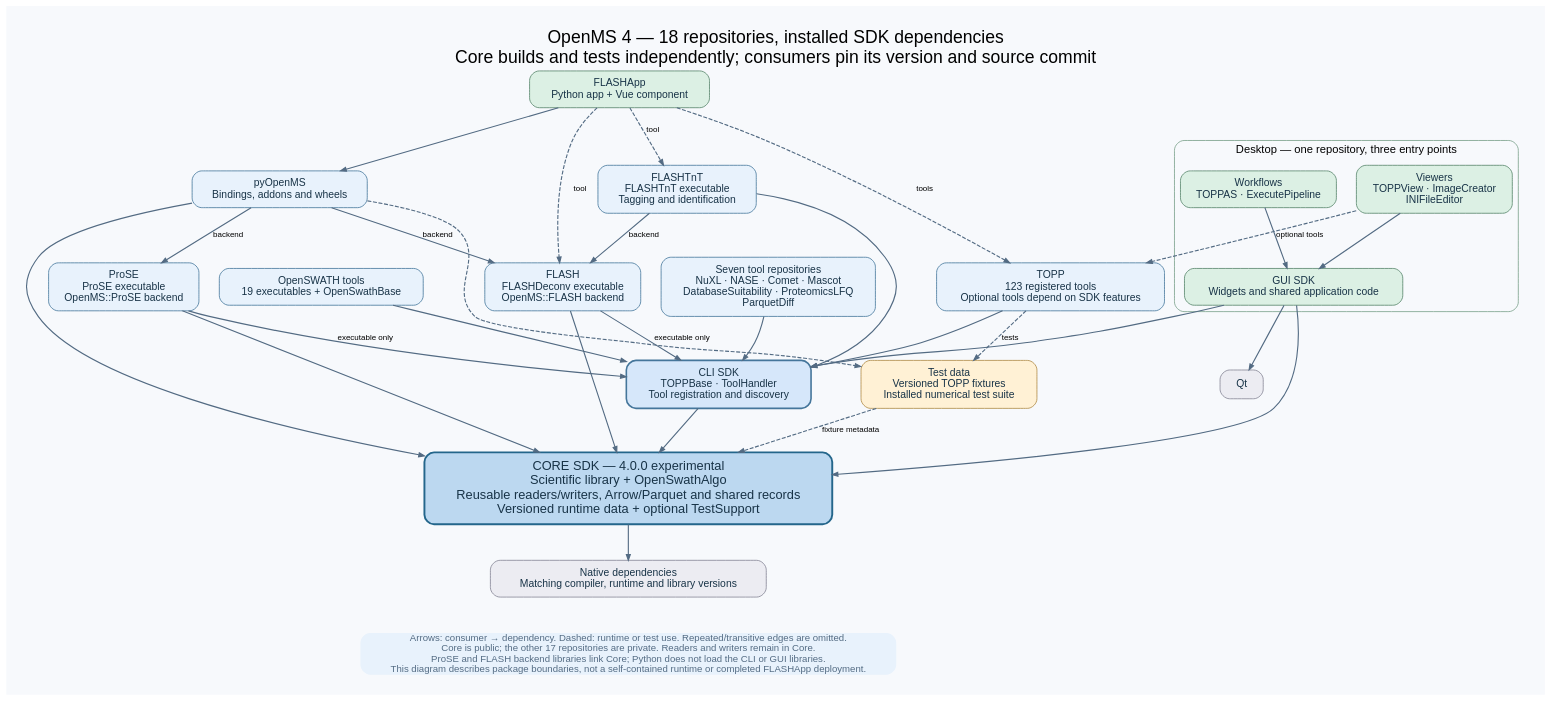
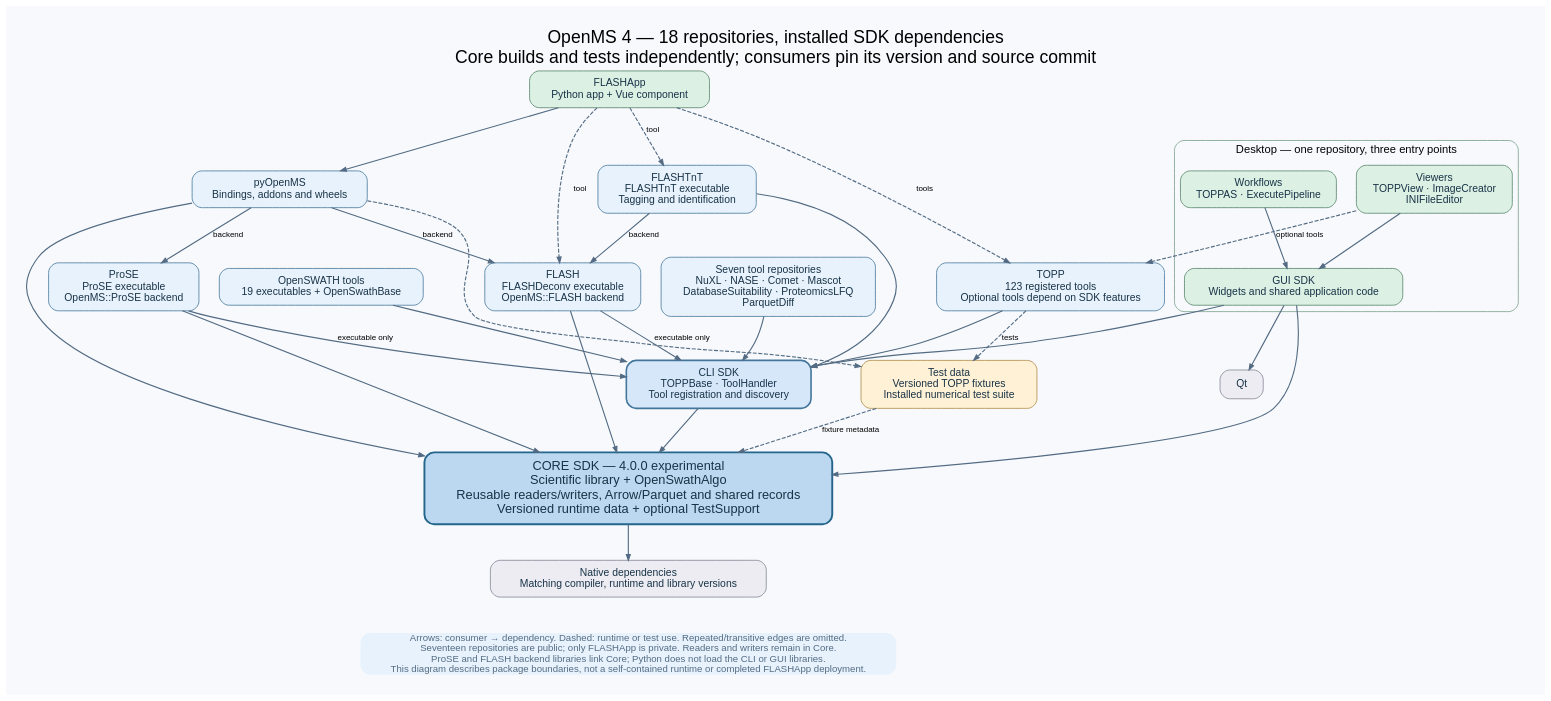
One commit to okohlbacher/OpenMS4-tests changed the diagram in docs/package-architecture.dot. Above: the diagram before and after it, drawn with Graphviz. The commit also changed 25 other files, not shown here.

First line of the commit message:
[DOC,BUILD] Give every package the same graph section and start the Windows runners

```diff
--- a/docs/package-architecture.dot
+++ b/docs/package-architecture.dot
@@ -1,40 +1,40 @@
 digraph Packages {
   graph [rankdir=TB, bgcolor="#F7F9FC", pad="0.35", nodesep="0.35", ranksep="0.6", fontname="Helvetica", label="OpenMS 4 — 18 repositories, installed SDK dependencies\nCore builds and tests independently; consumers pin its version and source commit", labelloc=t, fontsize=22];
   node [shape=box, style="rounded,filled", fontname="Helvetica", fontsize=13, margin="0.18,0.13", color="#45769B", fillcolor="#E8F2FC", fontcolor="#183347"];
   edge [color="#536B83", arrowsize=0.7, penwidth=1.4, fontname="Helvetica", fontsize=10];
   app [label="FLASHApp\nPython app + Vue component", fillcolor="#DCF0E4", color="#56856A"];
   py [label="pyOpenMS\nBindings, addons and wheels"];
   topp [label="TOPP\n123 registered tools\nOptional tools depend on SDK features"];
   swath [label="OpenSWATH tools\n19 executables + OpenSwathBase"];
   flash [label="FLASH\nFLASHDeconv executable\nOpenMS::FLASH backend"];
   prose [label="ProSE\nProSE executable\nOpenMS::ProSE backend"];
   products [label="Seven tool repositories\nNuXL · NASE · Comet · Mascot\nDatabaseSuitability · ProteomicsLFQ\nParquetDiff"];
   subgraph cluster_desktop {
     label="Desktop — one repository, three entry points"; fontname="Helvetica"; fontsize=14; color="#79A089"; style="rounded";
     viewers [label="Viewers\nTOPPView · ImageCreator\nINIFileEditor", fillcolor="#DCF0E4", color="#56856A"];
     workflows [label="Workflows\nTOPPAS · ExecutePipeline", fillcolor="#DCF0E4", color="#56856A"];
     gui [label="GUI SDK\nWidgets and shared application code", fillcolor="#DCF0E4", color="#56856A"];
     {rank=same; viewers; workflows;}
     viewers -> gui; workflows -> gui;
   }
   cli [label="CLI SDK\nTOPPBase · ToolHandler\nTool registration and discovery", fillcolor="#D6E7FA", penwidth=2];
   core [label="CORE SDK — 4.0.0 experimental\nScientific library + OpenSwathAlgo\nReusable readers/writers, Arrow/Parquet and shared records\nVersioned runtime data + optional TestSupport", fillcolor="#BCD8F0", color="#24668B", penwidth=2.4, fontsize=16];
   fixtures [label="Test data\nVersioned TOPP fixtures\nInstalled numerical test suite", fillcolor="#FFF1D5", color="#AF8A43"];
   native [label="Native dependencies\nMatching compiler, runtime and library versions", fillcolor="#ECECF2", color="#858595"];
   qt [label="Qt", fillcolor="#ECECF2", color="#858595"];
   tnt [label="FLASHTnT\nFLASHTnT executable\nTagging and identification"];
   app -> py; app -> flash [style=dashed, label="tool"]; app -> topp [style=dashed, label="tools"]; app -> tnt [style=dashed, label="tool"];
   py -> core; py -> prose [label="backend"]; py -> flash [label="backend"];
   topp -> cli; swath -> cli; products -> cli;
   flash -> cli [label="executable only"]; prose -> cli [label="executable only"];
   tnt -> cli; tnt -> flash [label="backend"];
   flash -> core; prose -> core;
   cli -> core; gui -> cli; gui -> core; gui -> qt;
   fixtures -> core [style=dashed, label="fixture metadata"];
   topp -> fixtures [style=dashed, label="tests"];
   py -> fixtures [style=dashed, constraint=false];
   viewers -> topp [style=dashed, label="optional tools", constraint=false];
   core -> native;
-  note [shape=plain, fontcolor="#536B83", fontsize=12, label="Arrows: consumer → dependency. Dashed: runtime or test use. Repeated/transitive edges are omitted.\nCore is public; the other 17 repositories are private. Readers and writers remain in Core.\nProSE and FLASH backend libraries link Core; Python does not load the CLI or GUI libraries.\nThis diagram describes package boundaries, not a self-contained runtime or completed FLASHApp deployment."];
+  note [shape=plain, fontcolor="#536B83", fontsize=12, label="Arrows: consumer → dependency. Dashed: runtime or test use. Repeated/transitive edges are omitted.\nSeventeen repositories are public; only FLASHApp is private. Readers and writers remain in Core.\nProSE and FLASH backend libraries link Core; Python does not load the CLI or GUI libraries.\nThis diagram describes package boundaries, not a self-contained runtime or completed FLASHApp deployment."];
   native -> note [style=invis];
 }
```
